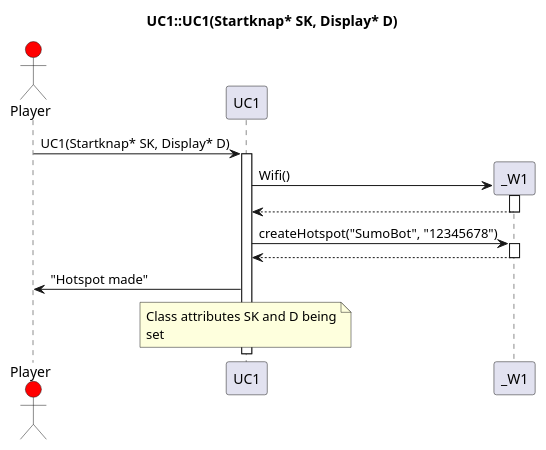
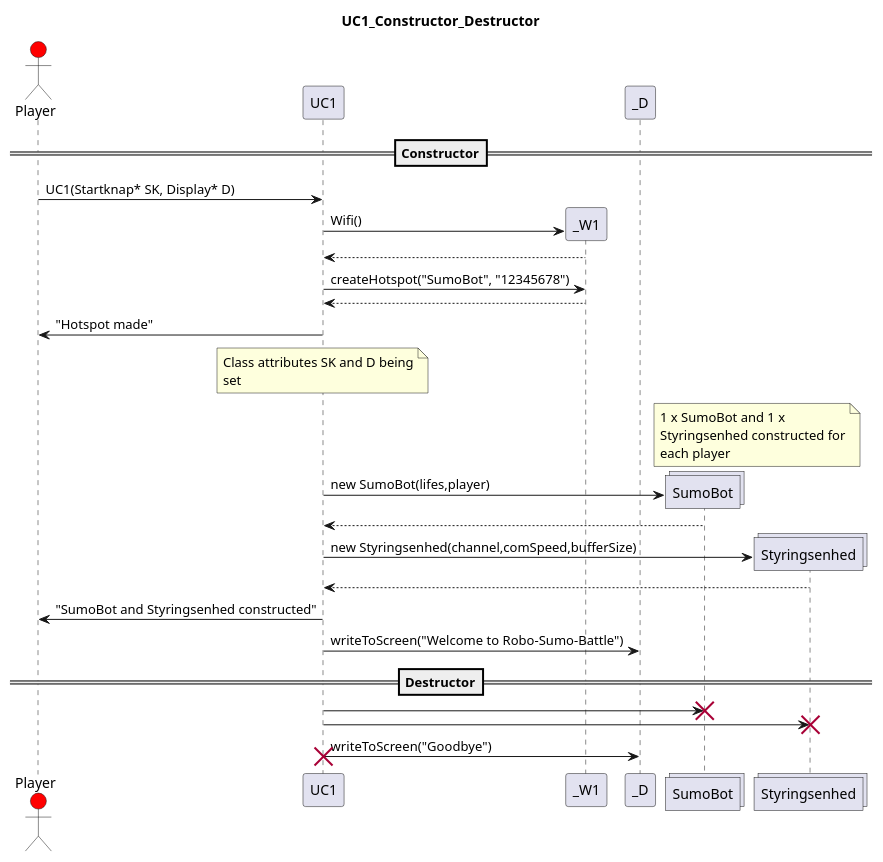
One commit to Solvgraa-mager/E3PRJ3 changed the diagram in Diagrammer/CentralComputer/Klasser/UC1/SD.puml. Above: the diagram before and after it, drawn with PlantUML. The commit also changed 501 other files, not shown here.

```diff
--- a/Diagrammer/CentralComputer/Klasser/UC1/SD.puml
+++ b/Diagrammer/CentralComputer/Klasser/UC1/SD.puml
@@ -1,26 +1,40 @@
 @startuml
-title UC1::UC1(Startknap* SK, Display* D)
+title UC1_Constructor
 
 skinparam wrapWidth 200
 
+title UC1_Constructor_Destructor
 
 actor Player #Red 
 participant UC1
 participant _W1
+participant _D
+collections SumoBot
+collections Styringsenhed
+
+==Constructor==
 
 Player -> UC1 : UC1(Startknap* SK, Display* D)
-activate UC1 
 UC1 -> _W1 ** : Wifi()
-activate _W1
 UC1 <-- _W1 :
-deactivate _W1
 UC1 -> _W1 : createHotspot("SumoBot", "12345678")
-activate _W1
 UC1 <-- _W1 :
-deactivate _W1 
 UC1 -> Player : "Hotspot made"
 note over UC1 : Class attributes SK and D being set
 
+note over SumoBot, Styringsenhed : 1 x SumoBot and 1 x Styringsenhed constructed for each player
+UC1 -> SumoBot ** : new SumoBot(lifes,player)
+SumoBot --> UC1
+UC1 -> Styringsenhed ** : new Styringsenhed(channel,comSpeed,bufferSize)
+Styringsenhed --> UC1 : 
+UC1 -> Player : "SumoBot and Styringsenhed constructed"
+UC1 -> _D : writeToScreen("Welcome to Robo-Sumo-Battle")
+
+==Destructor==
+UC1-> SumoBot !! :
+UC1 -> Styringsenhed !! : 
+UC1 -> _D : writeToScreen("Goodbye")
+destroy UC1 
 
 
 @enduml
```
